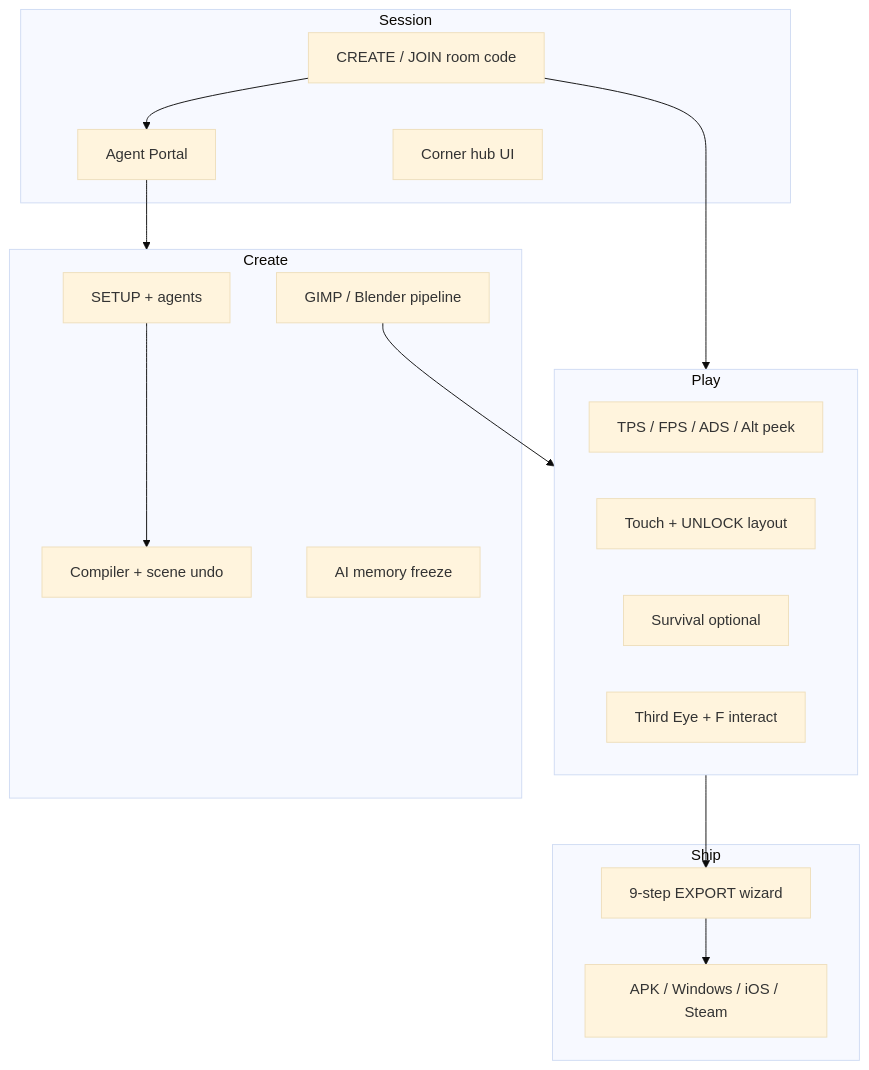
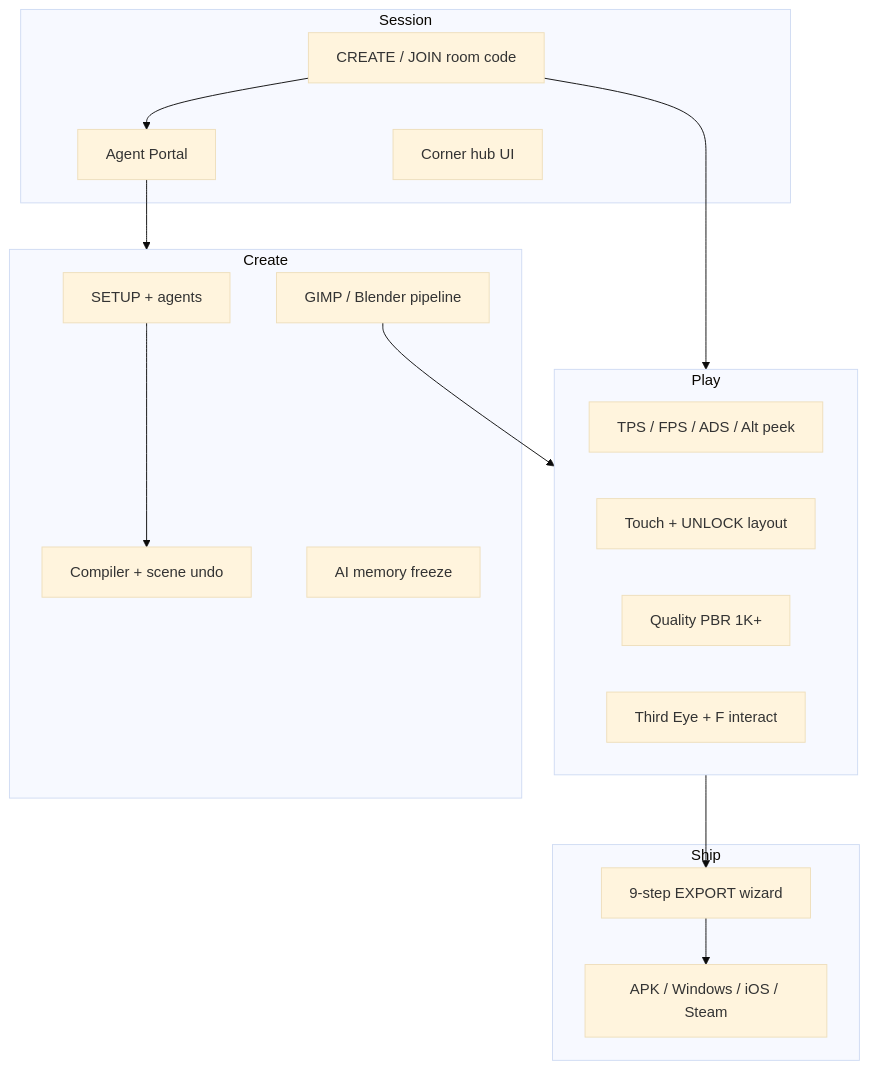
Before and after one commit to medicinalsheep/threshold: the diagram in docs/README.md, drawn with Mermaid (base theme). The commit also changed other lines of this file and 45 other files, not shown here.

````diff
--- a/docs/README.md
+++ b/docs/README.md
@@ -25,29 +24,29 @@
 ```mermaid
 flowchart TB
     subgraph session [Session]
         LOBBY[CREATE / JOIN room code]
         PORTAL[Agent Portal]
         HUBS[Corner hub UI]
     end
     subgraph play [Play]
         TPS[TPS / FPS / ADS / Alt peek]
         TOUCH[Touch + UNLOCK layout]
-        SURV[Survival optional]
+        PBR[Quality PBR 1K+]
         TE[Third Eye + F interact]
     end
     subgraph create [Create]
         SETUP[SETUP + agents]
         COMP[Compiler + scene undo]
         ART[GIMP / Blender pipeline]
         FREEZE[AI memory freeze]
     end
     subgraph ship [Ship]
         EXP[9-step EXPORT wizard]
         NAT[APK / Windows / iOS / Steam]
     end
     LOBBY --> PORTAL --> create
     LOBBY --> play
     SETUP --> COMP
     ART --> play
     play --> EXP --> NAT
 ```
````
